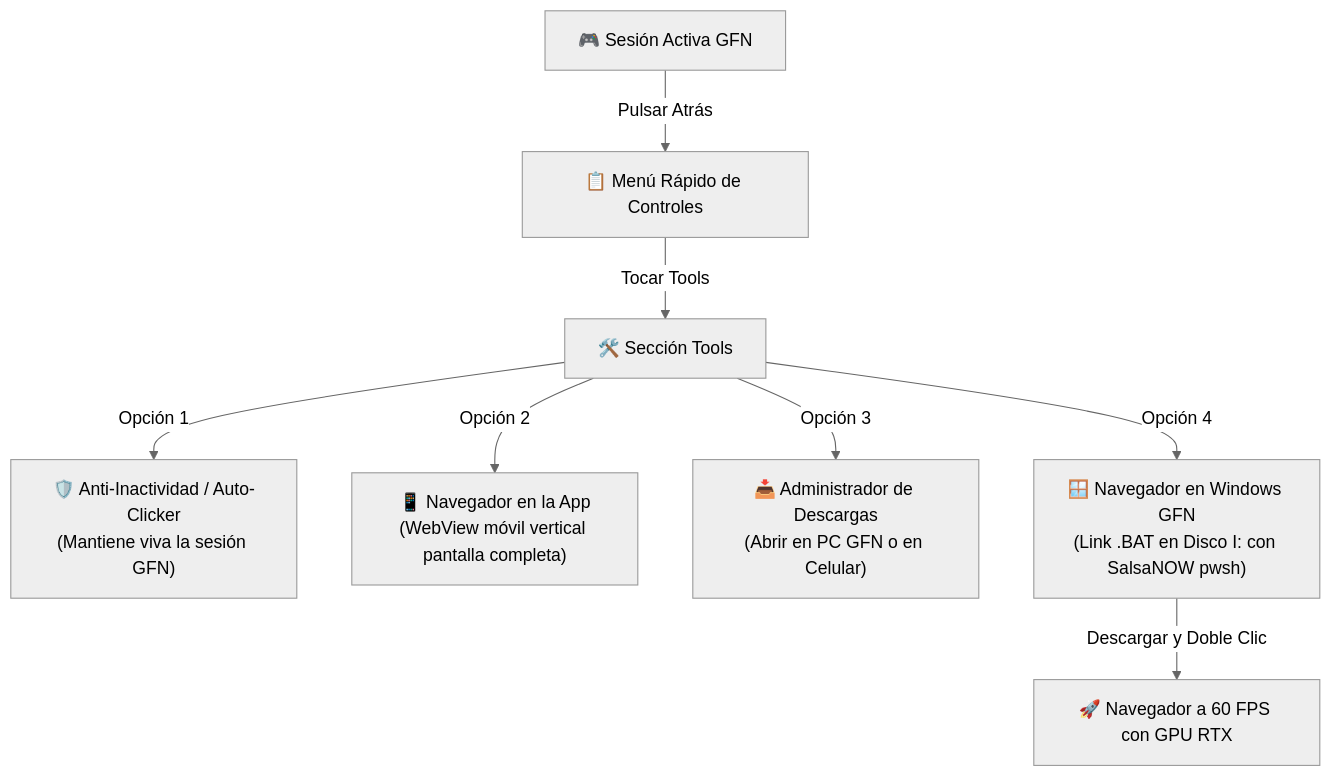
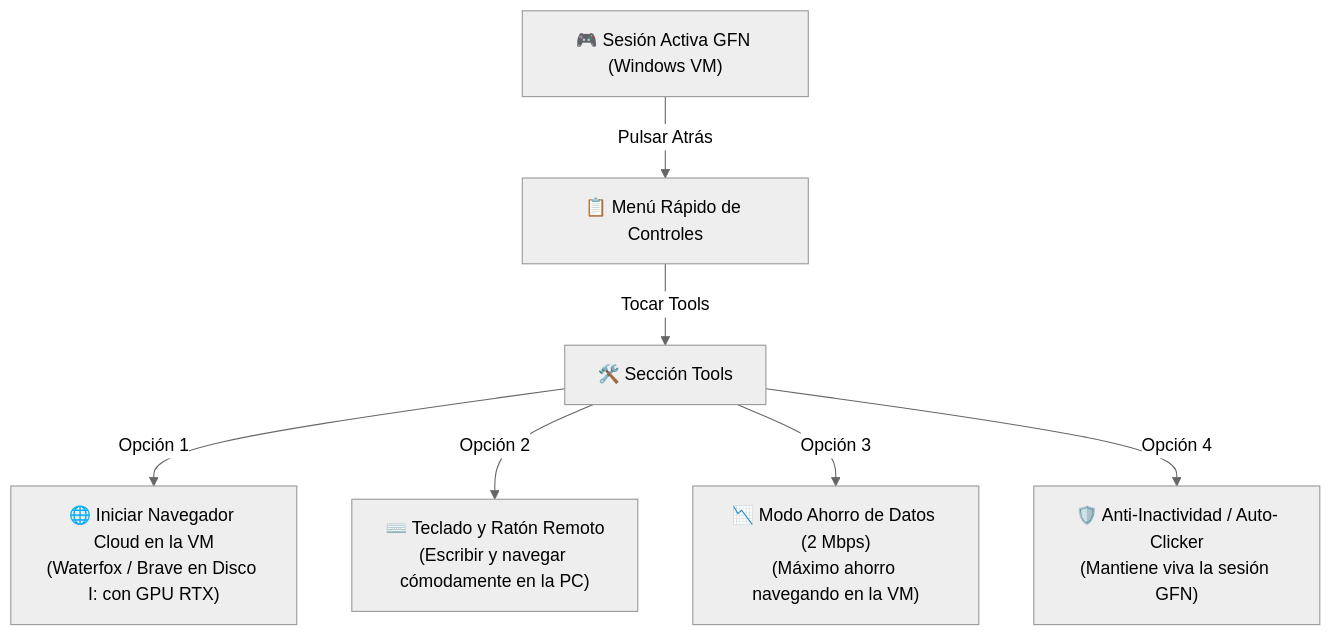
One commit to anhot11/nOpenNow changed the diagram in README.md. Above: the diagram before and after it, drawn with Mermaid (neutral theme). The commit also changed other lines of this file and 9 other files, not shown here.

Commit message:
feat(windows,browser): remove local Android WebView, enforce 100% cloud VM browsing with active Edge kill, deep Waterfox search, and remote stream controls

````diff
--- a/README.md
+++ b/README.md
@@ -37,12 +37,10 @@
 ```mermaid
 flowchart TD
-    Stream["🎮 Sesión Activa GFN"] -->|Pulsar Atrás| Menu["📋 Menú Rápido de Controles"]
+    Stream["🎮 Sesión Activa GFN (Windows VM)"] -->|Pulsar Atrás| Menu["📋 Menú Rápido de Controles"]
     Menu -->|Tocar Tools| Tools["🛠️ Sección Tools"]
     
-    Tools -->|Opción 1| AntiAFK["🛡️ Anti-Inactividad / Auto-Clicker\n(Mantiene viva la sesión GFN)"]
-    Tools -->|Opción 2| InAppBrowser["📱 Navegador en la App\n(WebView móvil vertical pantalla completa)"]
-    Tools -->|Opción 3| Downloads["📥 Administrador de Descargas\n(Abrir en PC GFN o en Celular)"]
-    Tools -->|Opción 4| WinBrowser["🪟 Navegador en Windows GFN\n(Link .BAT en Disco I: con SalsaNOW pwsh)"]
-    
-    WinBrowser -->|Descargar y Doble Clic| RunningBrowser["🚀 Navegador a 60 FPS con GPU RTX"]
+    Tools -->|Opción 1| WinBrowser["🌐 Iniciar Navegador Cloud en la VM\n(Waterfox / Brave en Disco I: con GPU RTX)"]
+    Tools -->|Opción 2| RemoteKeyboard["⌨️ Teclado y Ratón Remoto\n(Escribir y navegar cómodamente en la PC)"]
+    Tools -->|Opción 3| DataSaver["📉 Modo Ahorro de Datos (2 Mbps)\n(Máximo ahorro navegando en la VM)"]
+    Tools -->|Opción 4| AntiAFK["🛡️ Anti-Inactividad / Auto-Clicker\n(Mantiene viva la sesión GFN)"]
 ```
````
